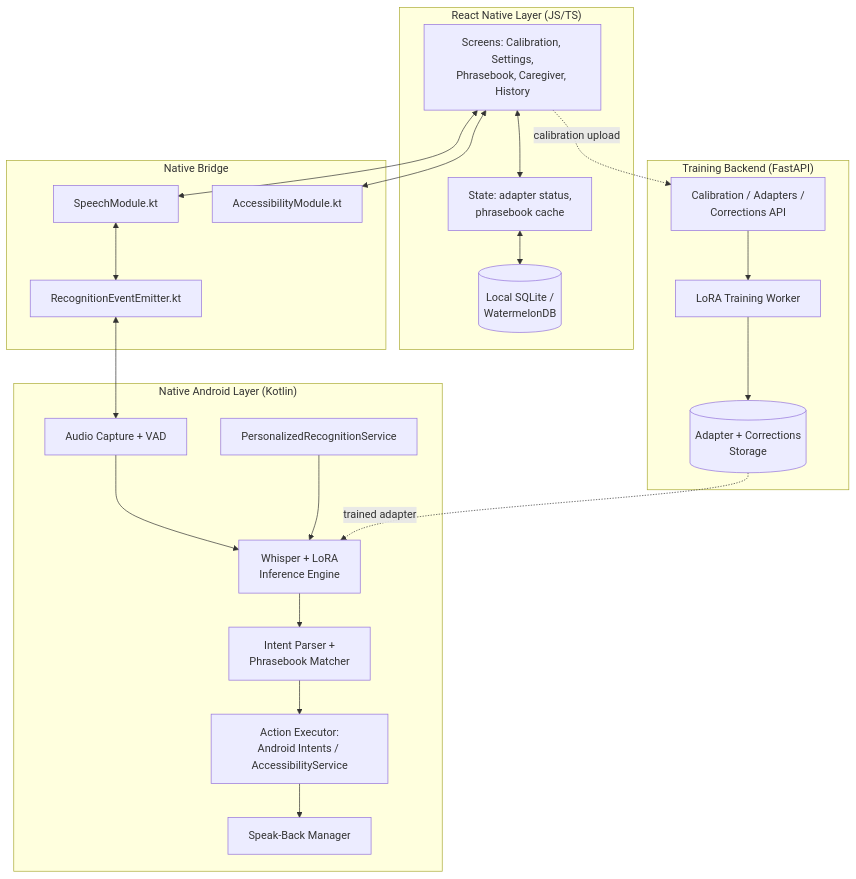
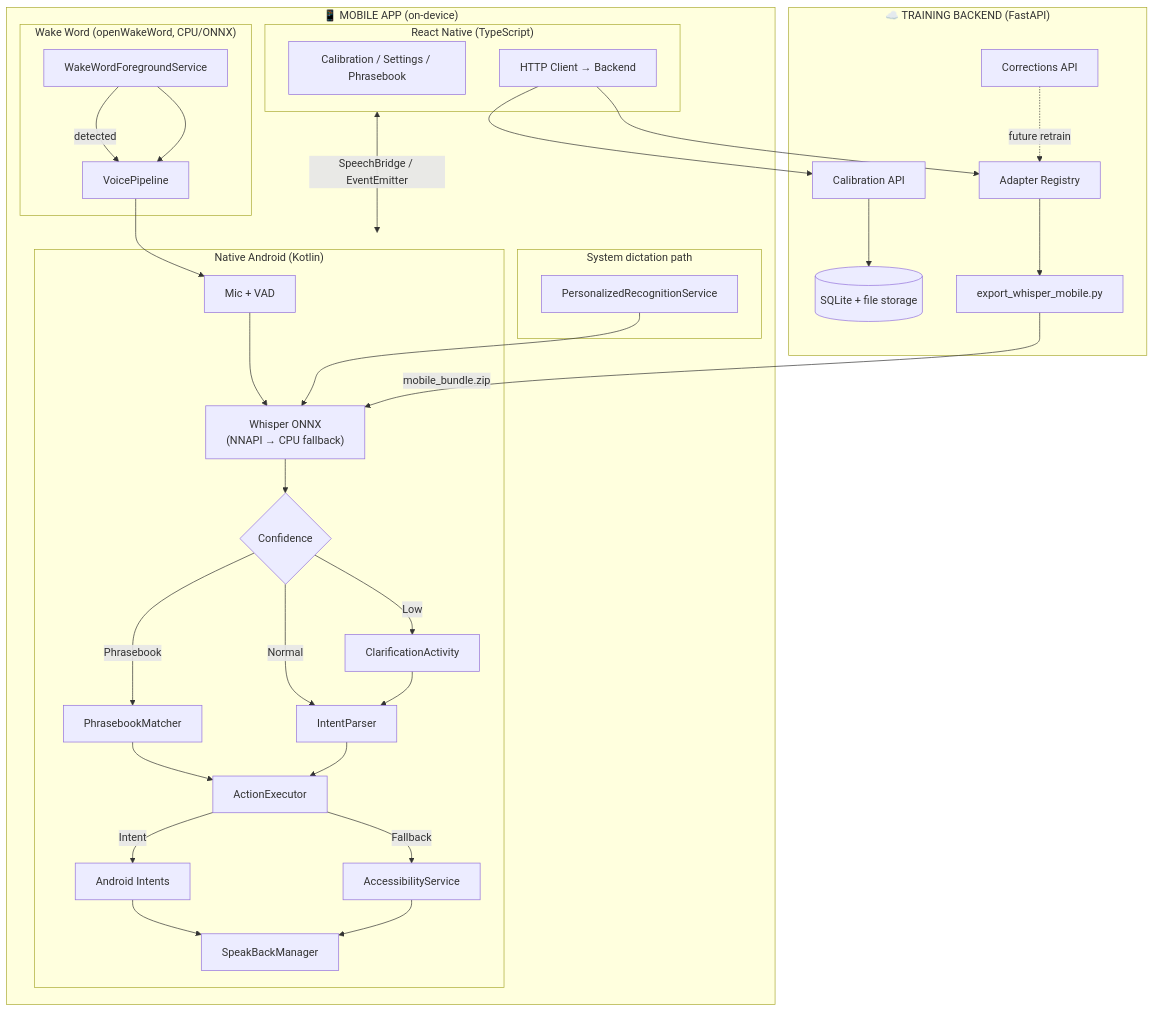
Before and after one commit to Anushka13-bit/Vaani: the first of 4 diagrams in README.md, drawn with Mermaid. The commit also changed other lines of this file and 31 other files, not shown here.

First line of the commit message:
Add ONNX Whisper pipeline, openWakeWord wake word, and updated architecture docs.

````diff
--- a/README.md
+++ b/README.md
@@ -95,45 +64,45 @@
 ```mermaid
 flowchart TB
-    subgraph RN[" React Native Layer (JS/TS)"]
-        UI[Screens: Calibration, Settings,<br/>Phrasebook, Caregiver, History]
-        STATE[State: adapter status,<br/>phrasebook cache]
-        LOCALDB[(Local SQLite /<br/>WatermelonDB)]
+    subgraph Device["📱 MOBILE APP (on-device)"]
+        subgraph RN["React Native (TypeScript)"]
+            UI[Calibration / Settings / Phrasebook]
+            NET[HTTP Client → Backend]
+        end
+
+        subgraph Wake["Wake Word (openWakeWord, CPU/ONNX)"]
+            WW[WakeWordForegroundService] -->|detected| VP[VoicePipeline]
+        end
+
+        subgraph Native["Native Android (Kotlin)"]
+            MIC[Mic + VAD] --> STT["Whisper ONNX<br/>(NNAPI → CPU fallback)"]
+            STT --> CONF{Confidence}
+            CONF -->|Low| CLAR[ClarificationActivity]
+            CONF -->|Phrasebook| PB[PhrasebookMatcher]
+            CONF -->|Normal| NLU[IntentParser]
+            CLAR --> NLU
+            PB --> EXEC[ActionExecutor]
+            NLU --> EXEC
+            EXEC -->|Intent| INT[Android Intents]
+            EXEC -->|Fallback| ACC[AccessibilityService]
+            INT --> TTS[SpeakBackManager]
+            ACC --> TTS
+        end
+
+        subgraph SysDict["System dictation path"]
+            RS[PersonalizedRecognitionService] --> STT
+        end
+
+        RN <-->|SpeechBridge / EventEmitter| Native
+        WW --> VP --> MIC
     end
 
-    subgraph BRIDGE[" Native Bridge"]
-        SPEECHMOD[SpeechModule.kt]
-        ACCMOD[AccessibilityModule.kt]
-        EVENTS[RecognitionEventEmitter.kt]
+    subgraph Backend["☁️ TRAINING BACKEND (FastAPI)"]
+        CAL[Calibration API] --> STORE[(SQLite + file storage)]
+        ADP[Adapter Registry] --> EXPORT[export_whisper_mobile.py]
+        EXPORT -->|mobile_bundle.zip| STT
+        CORR[Corrections API] -.future retrain.-> ADP
     end
 
-    subgraph NATIVE[" Native Android Layer (Kotlin)"]
-        AUDIO[Audio Capture + VAD]
-        STT[Whisper + LoRA<br/>Inference Engine]
-        RECSVC[PersonalizedRecognitionService]
-        NLU[Intent Parser +<br/>Phrasebook Matcher]
-        ACTIONS[Action Executor:<br/>Android Intents / AccessibilityService]
-        TTS[Speak-Back Manager]
-    end
-
-    subgraph BACKEND[" Training Backend (FastAPI)"]
-        API[Calibration / Adapters /<br/>Corrections API]
-        WORKER[LoRA Training Worker]
-        STORE[(Adapter + Corrections<br/>Storage)]
-    end
-
-    UI <--> STATE
-    STATE <--> LOCALDB
-    UI <--> SPEECHMOD
-    UI <--> ACCMOD
-    SPEECHMOD <--> EVENTS
-    EVENTS <--> AUDIO
-    AUDIO --> STT
-    RECSVC --> STT
-    STT --> NLU
-    NLU --> ACTIONS
-    ACTIONS --> TTS
-    UI -. calibration upload .-> API
-    API --> WORKER
-    WORKER --> STORE
-    STORE -. trained adapter .-> STT
+    NET --> CAL
+    NET --> ADP
 ```
````
